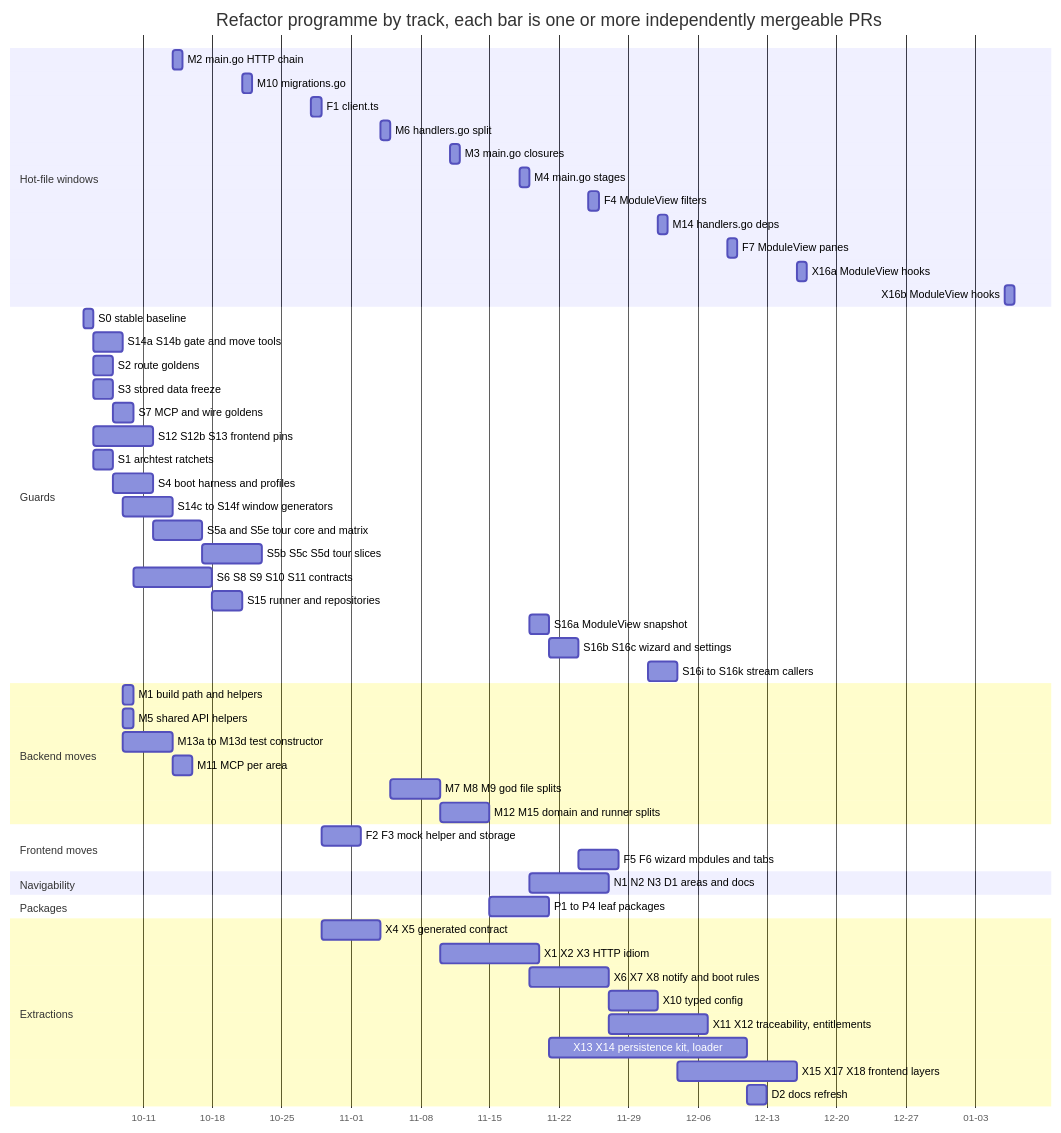
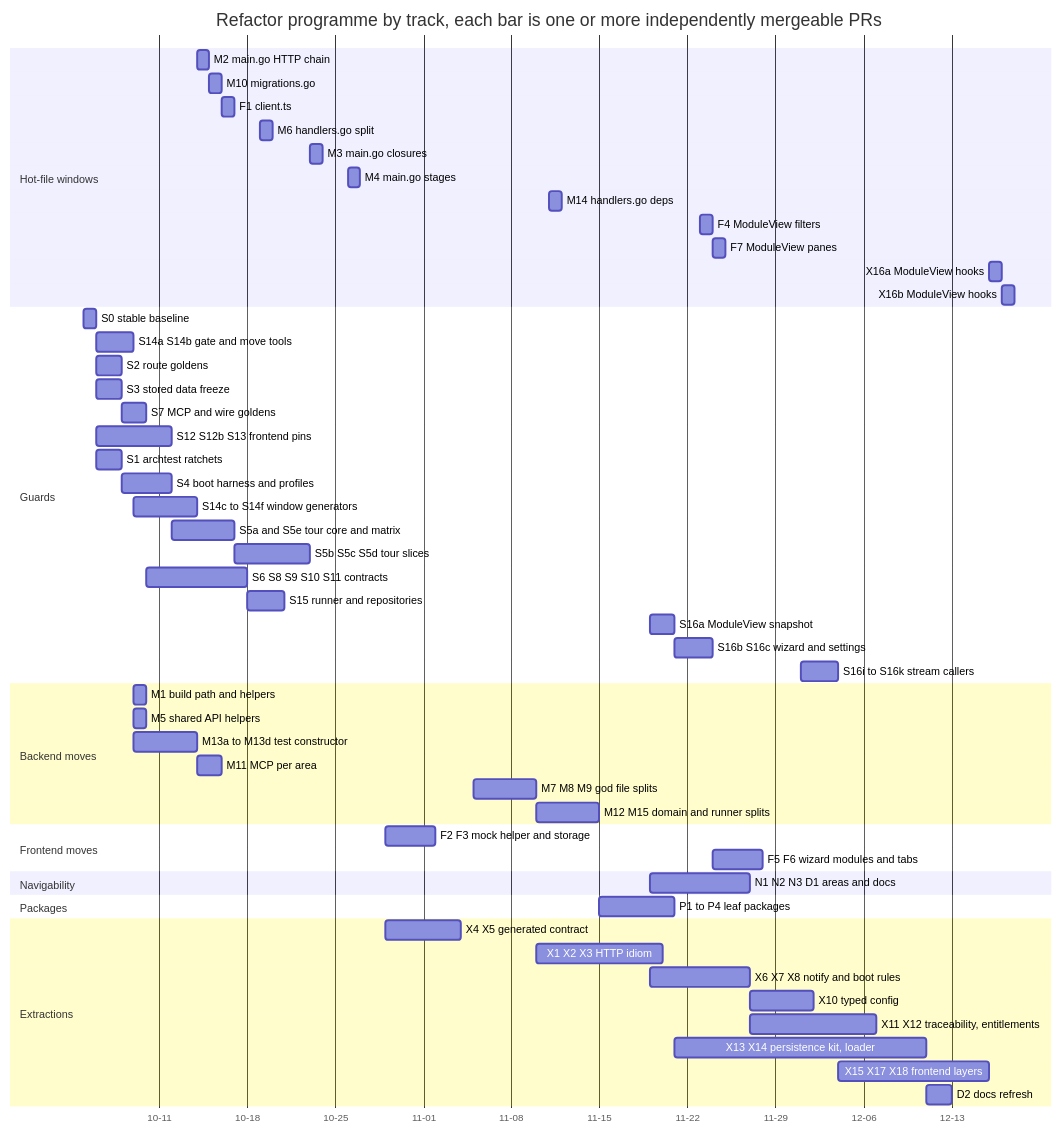
Before and after one commit to desktopmachineshop/OpenV: the sixth of 6 diagrams in docs/plans/codebase-refactor.md, drawn with Mermaid. The commit also changed other lines of this file and 1 other file, not shown here.

````diff
--- a/docs/plans/codebase-refactor.md
+++ b/docs/plans/codebase-refactor.md
@@ -598,58 +612,58 @@
 ```mermaid
 gantt
   title Refactor programme by track, each bar is one or more independently mergeable PRs
   dateFormat YYYY-MM-DD
   axisFormat %m-%d
   section Hot-file windows
   M2 main.go HTTP chain              :w1, 2026-10-14, 1d
-  M10 migrations.go                  :w2, 2026-10-21, 1d
-  F1 client.ts                       :w3, 2026-10-28, 1d
-  M6 handlers.go split               :w4, 2026-11-04, 1d
-  M3 main.go closures                :w5, 2026-11-11, 1d
-  M4 main.go stages                  :w6, 2026-11-18, 1d
-  F4 ModuleView filters              :w7, 2026-11-25, 1d
-  M14 handlers.go deps               :w8, 2026-12-02, 1d
-  F7 ModuleView panes                :w9, 2026-12-09, 1d
+  M10 migrations.go                  :w2, 2026-10-15, 1d
+  F1 client.ts                       :w3, 2026-10-16, 1d
+  M6 handlers.go split               :w4, 2026-10-19, 1d
+  M3 main.go closures                :w5, 2026-10-23, 1d
+  M4 main.go stages                  :w6, 2026-10-26, 1d
+  M14 handlers.go deps               :w8, 2026-11-11, 1d
+  F4 ModuleView filters              :w7, 2026-11-23, 1d
+  F7 ModuleView panes                :w9, 2026-11-24, 1d
   X16a ModuleView hooks              :w10, 2026-12-16, 1d
-  X16b ModuleView hooks              :w11, 2027-01-06, 1d
+  X16b ModuleView hooks              :w11, 2026-12-17, 1d
   section Guards
   S0 stable baseline                 :s0, 2026-10-05, 1d
   S14a S14b gate and move tools      :s14, after s0, 3d
   S2 route goldens                   :s2, after s0, 2d
   S3 stored data freeze              :s3, after s0, 2d
   S7 MCP and wire goldens            :s7, after s3, 2d
   S12 S12b S13 frontend pins         :s12, after s0, 6d
   S1 archtest ratchets               :s1, after s0, 2d
   S4 boot harness and profiles       :s4, after s2, 4d
   S14c to S14f window generators     :s14g, after s14, 5d
   S5a and S5e tour core and matrix   :s5a, after s4, 5d
   S5b S5c S5d tour slices            :s5b, after s5a, 6d
   S6 S8 S9 S10 S11 contracts         :s6, after s7, 8d
   S15 runner and repositories        :s15, after s6, 3d
   S16a ModuleView snapshot           :s16a, 2026-11-19, 2d
   S16b S16c wizard and settings      :s16b, after s16a, 3d
   S16i to S16k stream callers        :s16i, 2026-12-01, 3d
   section Backend moves
   M1 build path and helpers          :m1, after s14, 1d
   M5 shared API helpers              :m5, after s14, 1d
   M13a to M13d test constructor      :m13, after s14, 5d
   M11 MCP per area                   :m11, after s14g, 2d
   M7 M8 M9 god file splits           :m7, 2026-11-05, 5d
   M12 M15 domain and runner splits   :m12, after m7, 5d
   section Frontend moves
   F2 F3 mock helper and storage      :f2, 2026-10-29, 4d
   F5 F6 wizard modules and tabs      :f5, after s16b, 4d
   section Navigability
   N1 N2 N3 D1 areas and docs         :n1, 2026-11-19, 8d
   section Packages
   P1 to P4 leaf packages             :p1, after m12, 6d
   section Extractions
   X4 X5 generated contract           :x4, 2026-10-29, 6d
   X1 X2 X3 HTTP idiom                :x1, after m7, 10d
   X6 X7 X8 notify and boot rules     :x6, 2026-11-19, 8d
   X10 typed config                   :x10, after x6, 5d
   X11 X12 traceability, entitlements :x11, after x6, 10d
   X13 X14 persistence kit, loader    :x13, after p1, 20d
   X15 X17 X18 frontend layers        :x15, after s16i, 12d
   D2 docs refresh                    :d2, after x13, 2d
 ```
````
